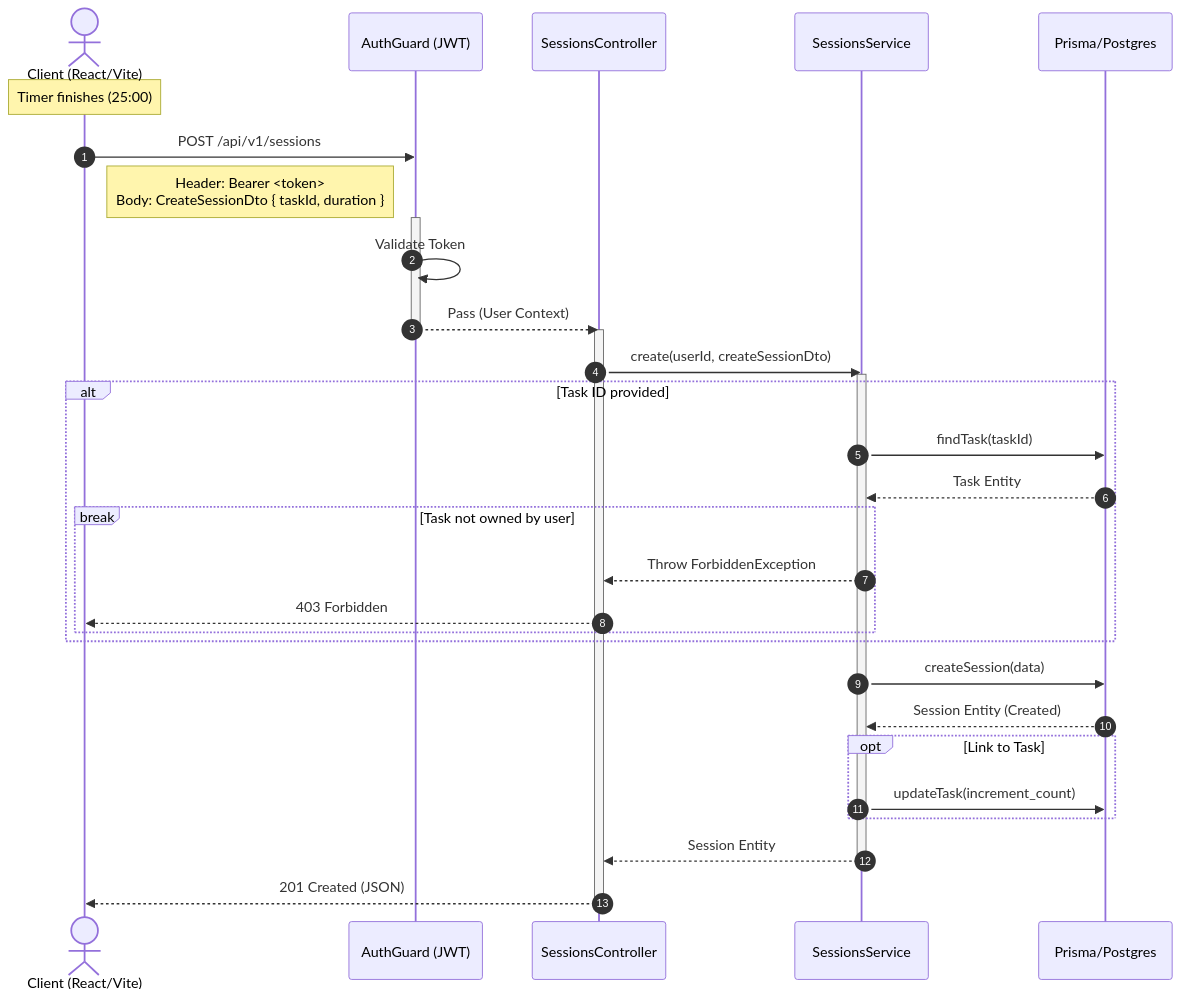
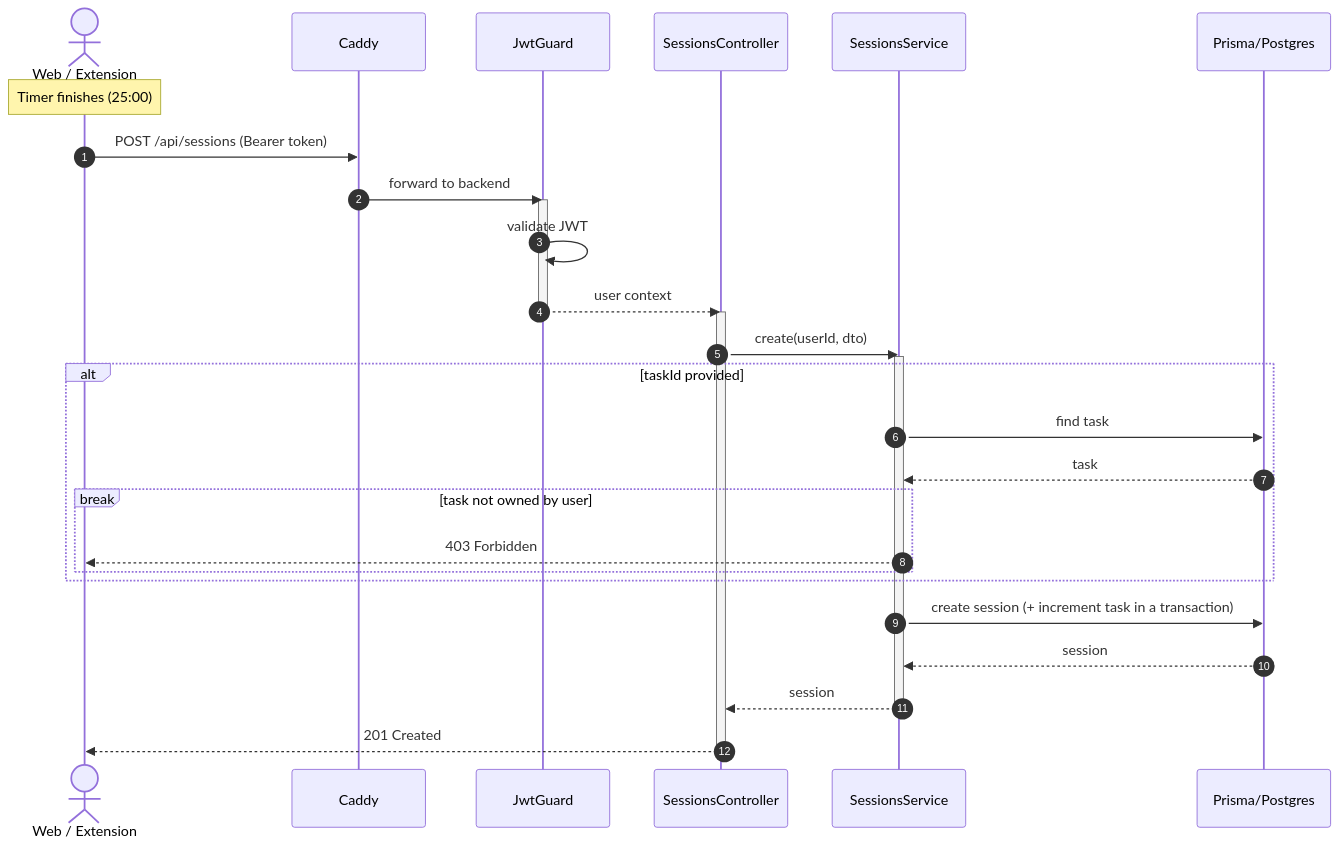
Before and after one commit to Marklu0509/pomodoro-app: the third of 4 diagrams in Readme.md, drawn with Mermaid. The commit also changed other lines of this file and 4 other files, not shown here.

````diff
--- a/Readme.md
+++ b/Readme.md
@@ -121,49 +178,34 @@
 ```mermaid
 sequenceDiagram
     autonumber
-    
-    actor Client as Client (React/Vite)
-    participant Guard as AuthGuard (JWT)
+    actor Client as Web / Extension
+    participant Caddy
+    participant Guard as JwtGuard
     participant Ctrl as SessionsController
     participant Svc as SessionsService
     participant DB as Prisma/Postgres
 
     Note over Client: Timer finishes (25:00)
-
-    Client->>Guard: POST /api/v1/sessions
-    Note right of Client: Header: Bearer <token><br/>Body: CreateSessionDto { taskId, duration }
-
+    Client->>Caddy: POST /api/sessions (Bearer token)
+    Caddy->>Guard: forward to backend
     activate Guard
-    Guard->>Guard: Validate Token
-    Guard-->>Ctrl: Pass (User Context)
+    Guard->>Guard: validate JWT
+    Guard-->>Ctrl: user context
     deactivate Guard
-
     activate Ctrl
-    Ctrl->>Svc: create(userId, createSessionDto)
+    Ctrl->>Svc: create(userId, dto)
     activate Svc
-
-    %% Business Logic
-    alt Task ID provided
-        Svc->>DB: findTask(taskId)
-        DB-->>Svc: Task Entity
-        
-        break Task not owned by user
-            Svc-->>Ctrl: Throw ForbiddenException
-            Ctrl-->>Client: 403 Forbidden
+    alt taskId provided
+        Svc->>DB: find task
+        DB-->>Svc: task
+        break task not owned by user
+            Svc-->>Client: 403 Forbidden
         end
     end
-
-    Svc->>DB: createSession(data)
-    DB-->>Svc: Session Entity (Created)
-
-    %% Optional: Update Task Progress
-    opt Link to Task
-        Svc->>DB: updateTask(increment_count)
-    end
-
-    Svc-->>Ctrl: Session Entity
+    Svc->>DB: create session (+ increment task in a transaction)
+    DB-->>Svc: session
+    Svc-->>Ctrl: session
     deactivate Svc
-
-    Ctrl-->>Client: 201 Created (JSON)
+    Ctrl-->>Client: 201 Created
     deactivate Ctrl
 ```
````
